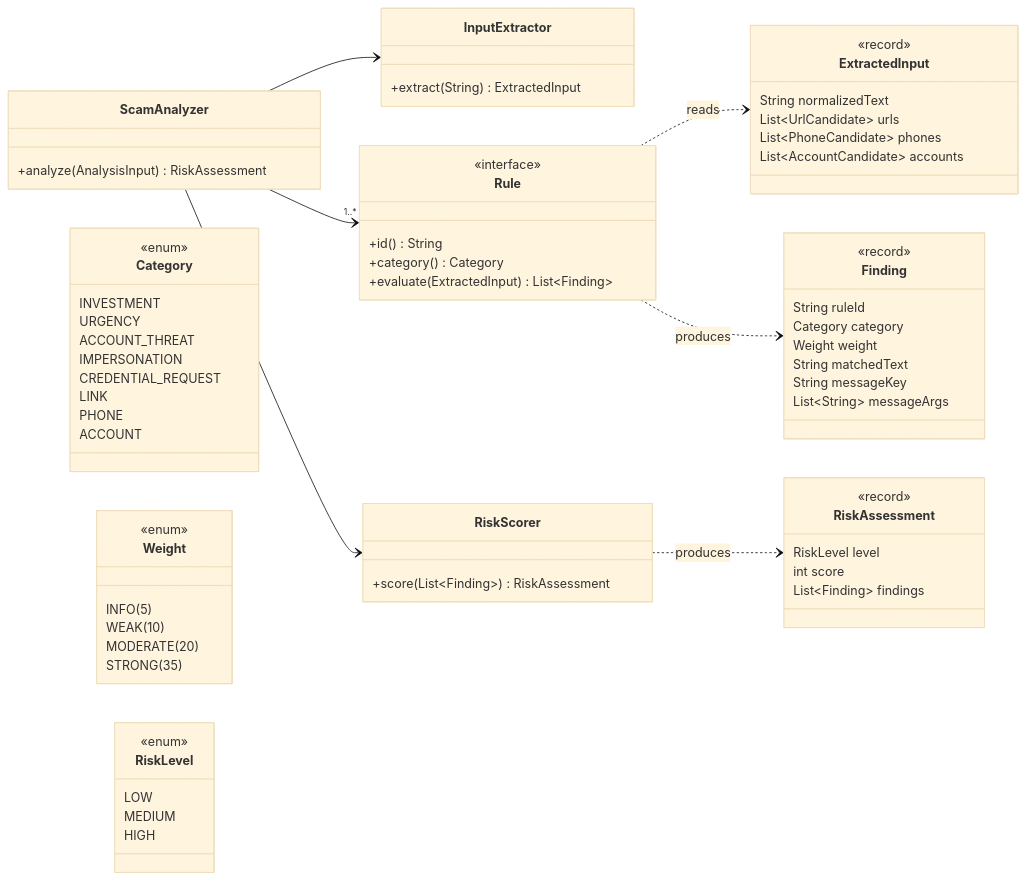
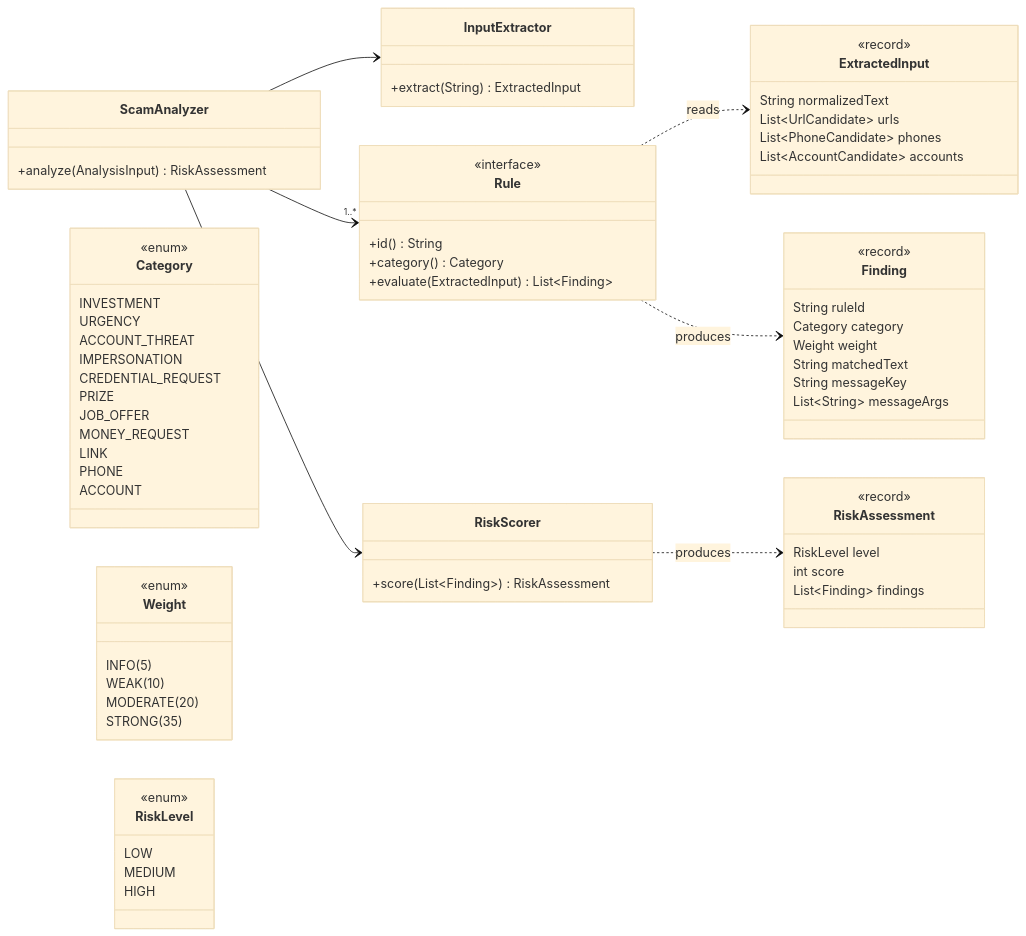
The fourth of 4 diagrams in docs/ARCHITECTURE.md (emeraldex/scamcheck-my), drawn with Mermaid (base theme) before and after one commit. The commit also changed other lines of this file and 79 other files, not shown here.

````diff
--- a/docs/ARCHITECTURE.md
+++ b/docs/ARCHITECTURE.md
@@ -118,71 +118,74 @@
 ```mermaid
 classDiagram
     direction LR
     class ScamAnalyzer {
         +analyze(AnalysisInput) RiskAssessment
     }
     class InputExtractor {
         +extract(String) ExtractedInput
     }
     class Rule {
         <<interface>>
         +id() String
         +category() Category
         +evaluate(ExtractedInput) List~Finding~
     }
     class RiskScorer {
         +score(List~Finding~) RiskAssessment
     }
     class ExtractedInput {
         <<record>>
         String normalizedText
         List~UrlCandidate~ urls
         List~PhoneCandidate~ phones
         List~AccountCandidate~ accounts
     }
     class Finding {
         <<record>>
         String ruleId
         Category category
         Weight weight
         String matchedText
         String messageKey
         List~String~ messageArgs
     }
     class RiskAssessment {
         <<record>>
         RiskLevel level
         int score
         List~Finding~ findings
     }
     class Category {
         <<enum>>
         INVESTMENT
         URGENCY
         ACCOUNT_THREAT
         IMPERSONATION
         CREDENTIAL_REQUEST
+        PRIZE
+        JOB_OFFER
+        MONEY_REQUEST
         LINK
         PHONE
         ACCOUNT
     }
     class Weight {
         <<enum>>
         INFO(5)
         WEAK(10)
         MODERATE(20)
         STRONG(35)
     }
     class RiskLevel {
         <<enum>>
         LOW
         MEDIUM
         HIGH
     }
     ScamAnalyzer --> InputExtractor
     ScamAnalyzer --> "1..*" Rule
     ScamAnalyzer --> RiskScorer
     Rule ..> ExtractedInput : reads
     Rule ..> Finding : produces
     RiskScorer ..> RiskAssessment : produces
 ```
````
